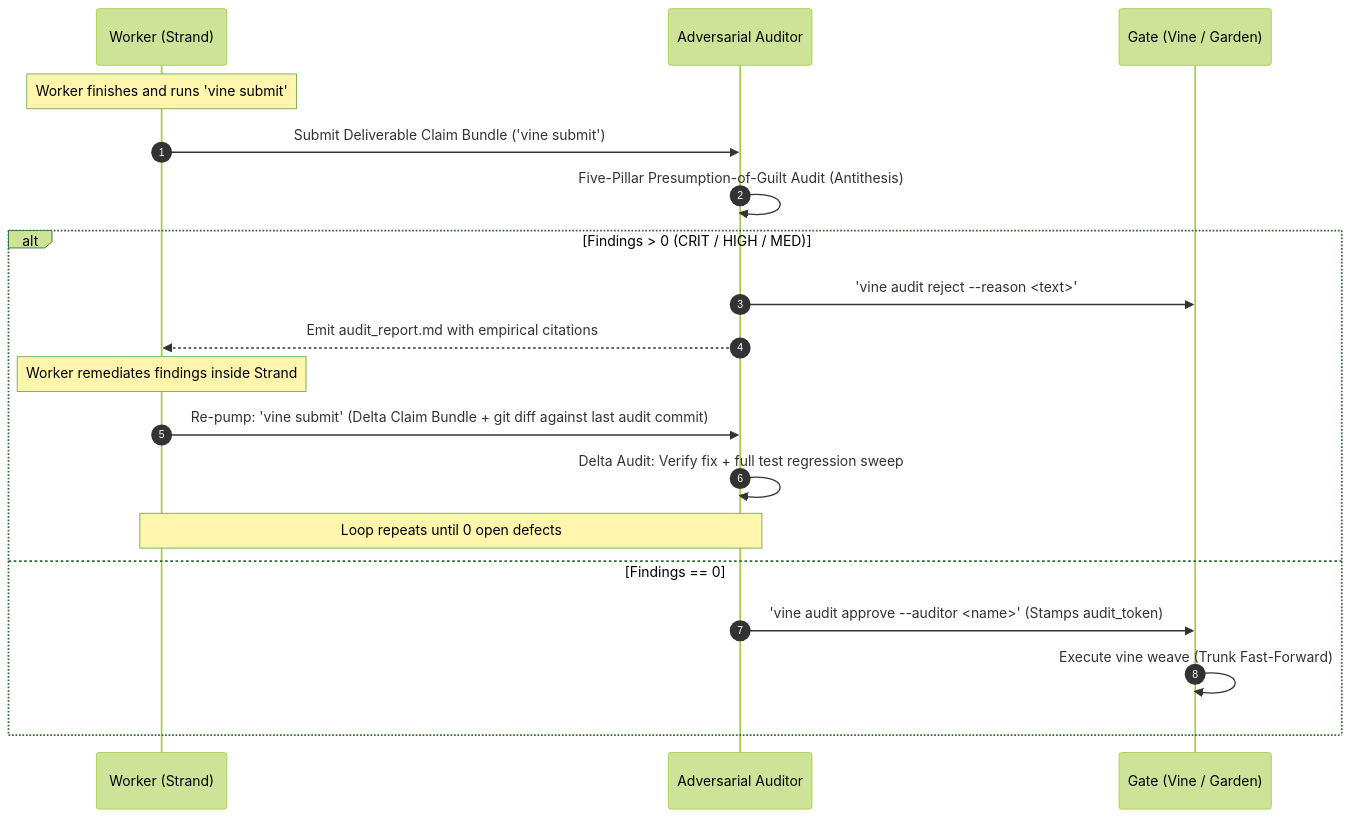
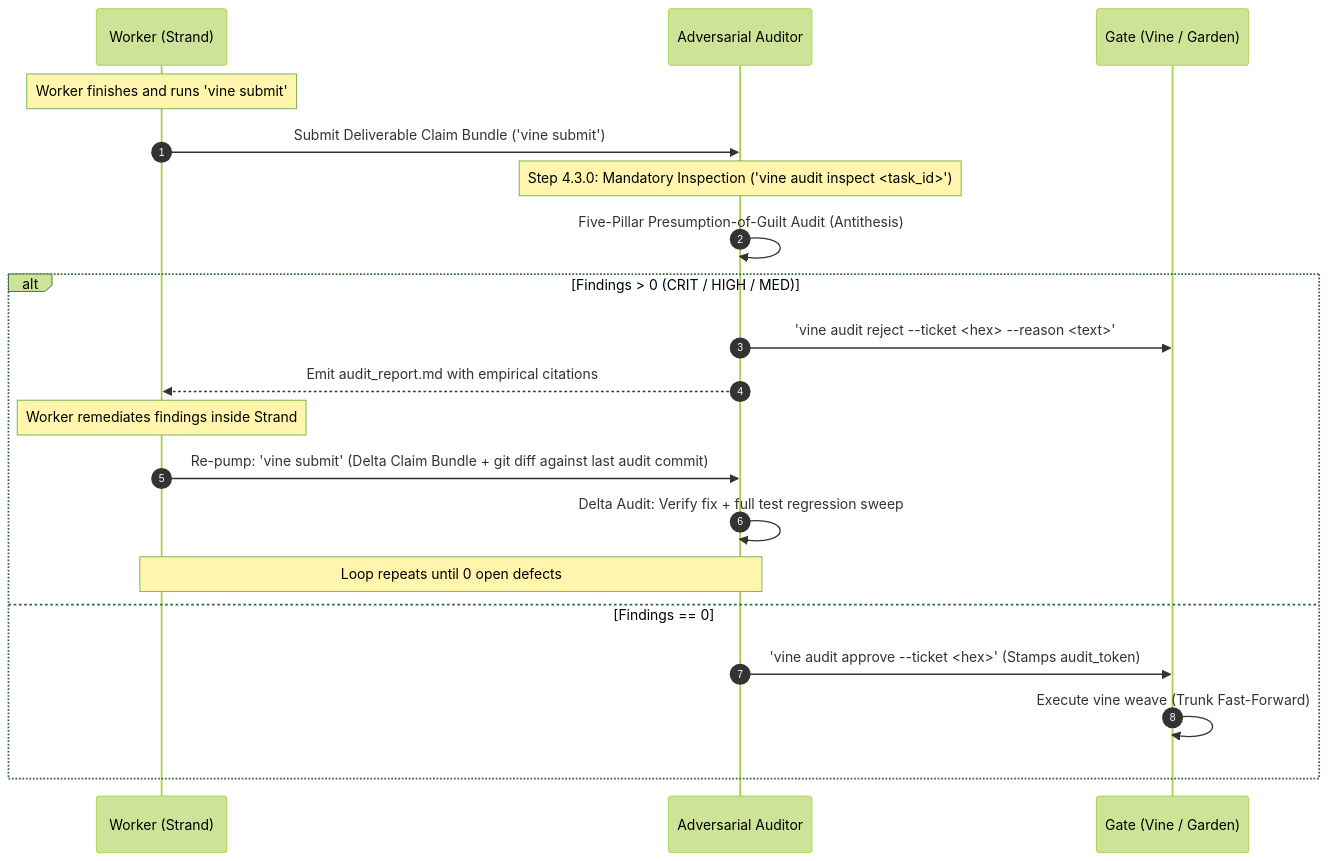
The third of 3 diagrams in skills/dialectical-pump/SKILL.md (axiomantic/garden), drawn with Mermaid (forest theme) before and after one commit. The commit also changed other lines of this file and 9 other files, not shown here.

````diff
--- a/skills/dialectical-pump/SKILL.md
+++ b/skills/dialectical-pump/SKILL.md
@@ -216,23 +279,24 @@
 ```mermaid
 sequenceDiagram
     autonumber
     participant W as Worker (Strand)
     participant A as Adversarial Auditor
     participant G as Gate (Vine / Garden)
 
     Note over W: Worker finishes and runs 'vine submit'
     W->>A: Submit Deliverable Claim Bundle ('vine submit')
+    Note over A: Step 4.3.0: Mandatory Inspection ('vine audit inspect <task_id>')
     A->>A: Five-Pillar Presumption-of-Guilt Audit (Antithesis)
     
     alt Findings > 0 (CRIT / HIGH / MED)
-        A->>G: 'vine audit reject --reason <text>'
+        A->>G: 'vine audit reject --ticket <hex> --reason <text>'
         A-->>W: Emit audit_report.md with empirical citations
         Note over W: Worker remediates findings inside Strand
         W->>A: Re-pump: 'vine submit' (Delta Claim Bundle + git diff against last audit commit)
         A->>A: Delta Audit: Verify fix + full test regression sweep
         Note over A,W: Loop repeats until 0 open defects
     else Findings == 0
-        A->>G: 'vine audit approve --auditor <name>' (Stamps audit_token)
+        A->>G: 'vine audit approve --ticket <hex>' (Stamps audit_token)
         G->>G: Execute vine weave (Trunk Fast-Forward)
     end
 ```
````
